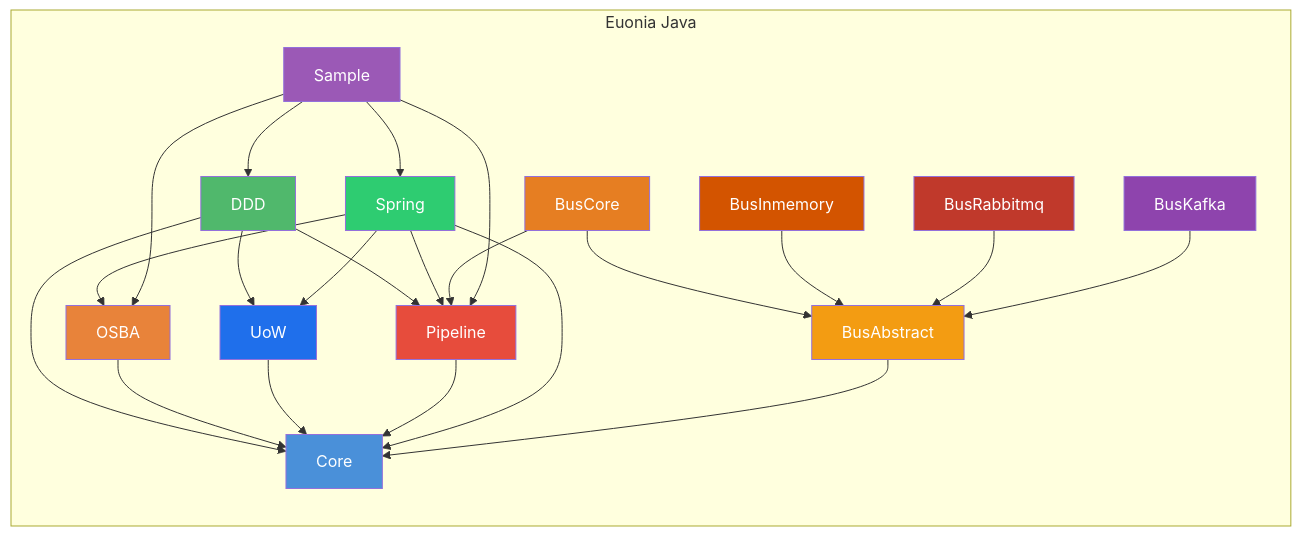
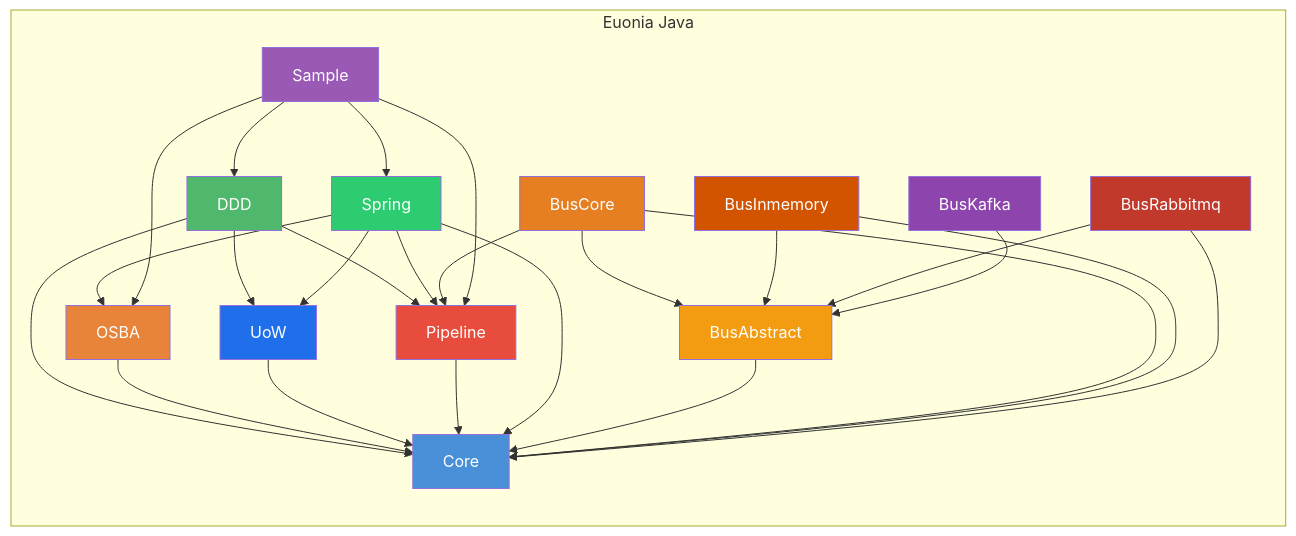
Before and after one commit to euonia-project/euonia-java: the diagram in README.en.md, drawn with Mermaid. The commit also changed other lines of this file and 1 other file, not shown here.

Commit message:
Update README.md to reflect changes in integration with Spring Boot 4.x, enhance DDD abstractions, and improve message bus documentation; update dependency versions to 10.0.0.

````diff
--- a/README.en.md
+++ b/README.en.md
@@ -13,39 +13,42 @@
 ```mermaid
 graph TD
     subgraph "Euonia Java"
         direction TB
         DDD --> Core
         DDD --> UoW
         DDD --> Pipeline
         OSBA --> Core
         UoW --> Core
         Pipeline --> Core
         Spring --> Core
         Spring --> UoW
         Spring --> OSBA
         Spring --> Pipeline
         BusAbstract --> Core
         BusCore --> BusAbstract
+        BusCore --> Core
         BusCore --> Pipeline
         BusInmemory --> BusAbstract
+        BusInmemory --> Core
         BusRabbitmq --> BusAbstract
+        BusRabbitmq --> Core
         BusKafka --> BusAbstract
         Sample --> DDD
         Sample --> OSBA
         Sample --> Pipeline
         Sample --> Spring
     end
 
     style Core fill:#4A90D9,color:#fff
     style DDD fill:#50B86C,color:#fff
     style UoW fill:#1F6FEB,color:#fff
     style OSBA fill:#E8833A,color:#fff
     style Pipeline fill:#E74C3C,color:#fff
     style Spring fill:#2ECC71,color:#fff
     style BusAbstract fill:#F39C12,color:#fff
     style BusCore fill:#E67E22,color:#fff
     style BusInmemory fill:#D35400,color:#fff
     style BusRabbitmq fill:#C0392B,color:#fff
     style BusKafka fill:#8E44AD,color:#fff
     style Sample fill:#9B59B6,color:#fff
 ```
````
